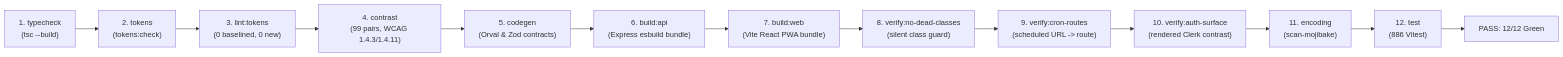
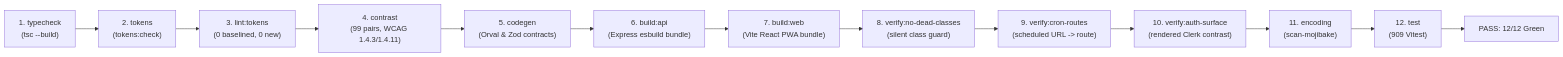
The second of 2 diagrams in spec/master-verification-matrix.md (Driftloom/TaskOS), drawn with Mermaid before and after one commit. The commit also changed other lines of this file and 3 other files, not shown here.

````diff
--- a/spec/master-verification-matrix.md
+++ b/spec/master-verification-matrix.md
@@ -236,15 +258,15 @@
 ```mermaid
 flowchart LR
     G1["1. typecheck<br/>(tsc --build)"] --> G2["2. tokens<br/>(tokens:check)"]
     G2 --> G3["3. lint:tokens<br/>(0 baselined, 0 new)"]
     G3 --> G4["4. contrast<br/>(99 pairs, WCAG 1.4.3/1.4.11)"]
     G4 --> G5["5. codegen<br/>(Orval & Zod contracts)"]
     G5 --> G6["6. build:api<br/>(Express esbuild bundle)"]
     G6 --> G7["7. build:web<br/>(Vite React PWA bundle)"]
     G7 --> G8["8. verify:no-dead-classes<br/>(silent class guard)"]
     G8 --> G9["9. verify:cron-routes<br/>(scheduled URL -> route)"]
     G9 --> G10["10. verify:auth-surface<br/>(rendered Clerk contrast)"]
     G10 --> G11["11. encoding<br/>(scan-mojibake)"]
-    G11 --> G12["12. test<br/>(886 Vitest)"]
+    G11 --> G12["12. test<br/>(909 Vitest)"]
     G12 --> Green["PASS: 12/12 Green"]
 ```
````
